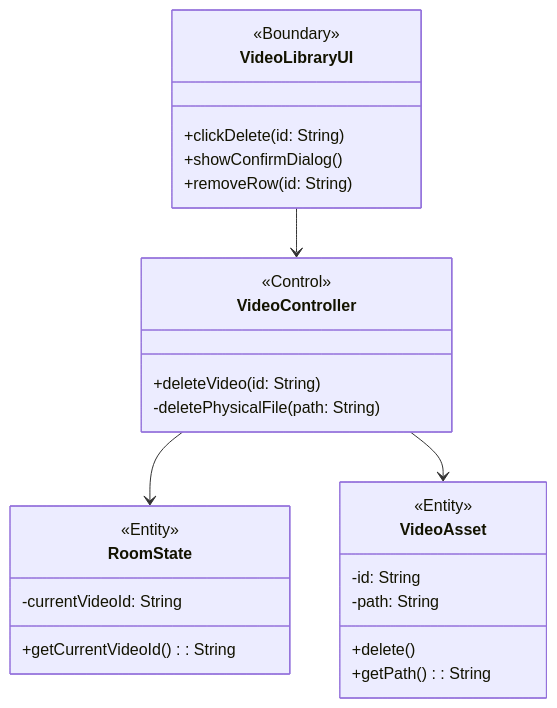
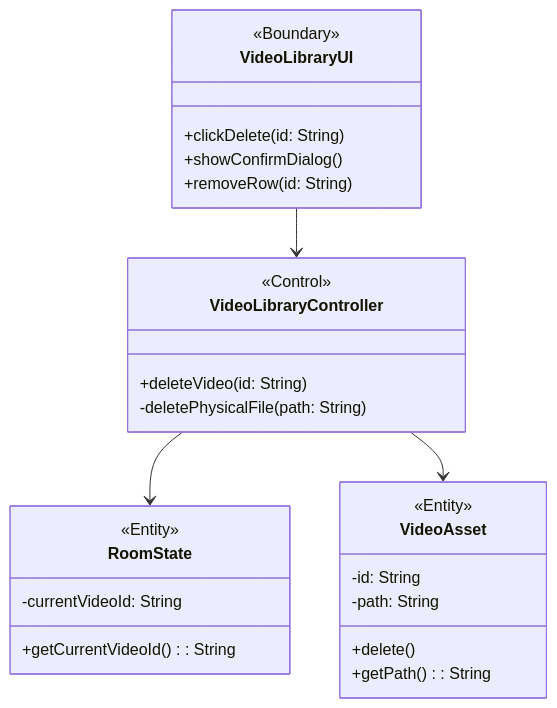
The fifth of 7 diagrams in docLiu/管理视频库.md (Danny8yo/online-private-movie-house), drawn with Mermaid before and after one commit. The commit also changed other lines of this file and 32 other files, not shown here.

````diff
--- a/docLiu/管理视频库.md
+++ b/docLiu/管理视频库.md
@@ -210,34 +210,34 @@
 ```mermaid
 classDiagram
     class VideoLibraryUI {
         <<Boundary>>
         +clickDelete(id: String)
         +showConfirmDialog()
         +removeRow(id: String)
     }
 
-    class VideoController {
+    class VideoLibraryController {
         <<Control>>
         +deleteVideo(id: String)
         -deletePhysicalFile(path: String)
     }
 
     class RoomState {
         <<Entity>>
         -currentVideoId: String
         +getCurrentVideoId(): String
     }
 
     class VideoAsset {
         <<Entity>>
         -id: String
         -path: String
         +delete()
         +getPath(): String
     }
 
     %% 关系定义
-    VideoLibraryUI --> VideoController
-    VideoController --> RoomState
-    VideoController --> VideoAsset
+    VideoLibraryUI --> VideoLibraryController
+    VideoLibraryController --> RoomState
+    VideoLibraryController --> VideoAsset
 ```
````
